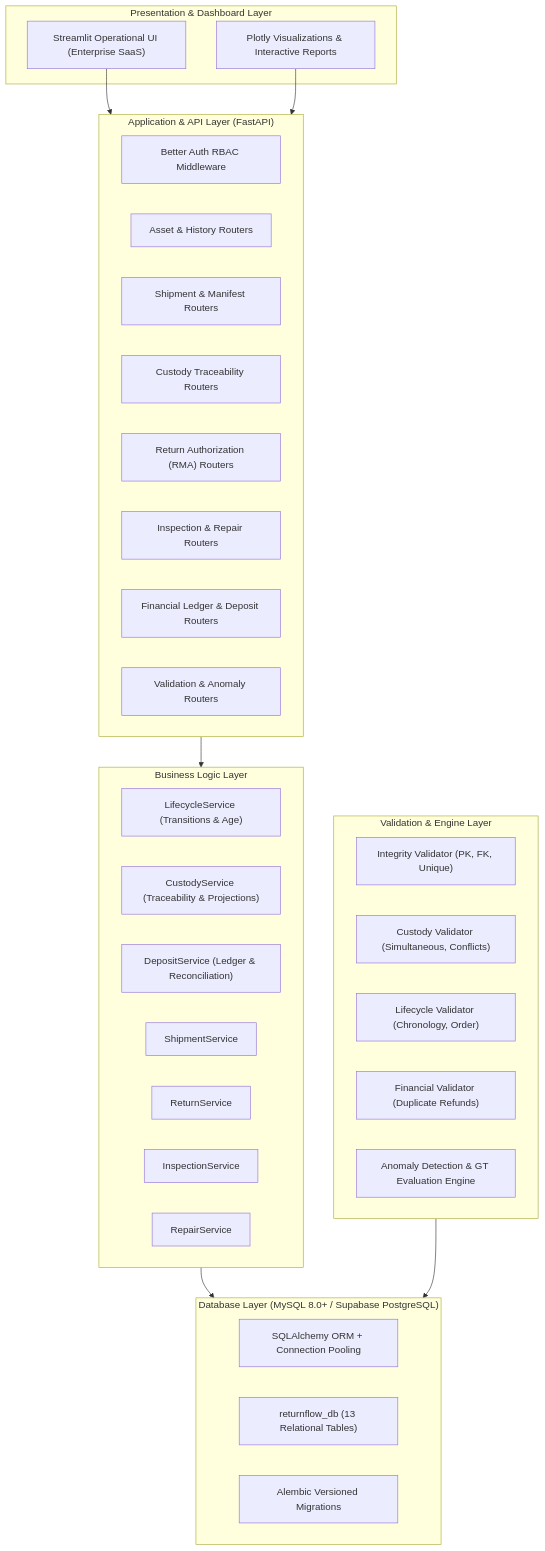
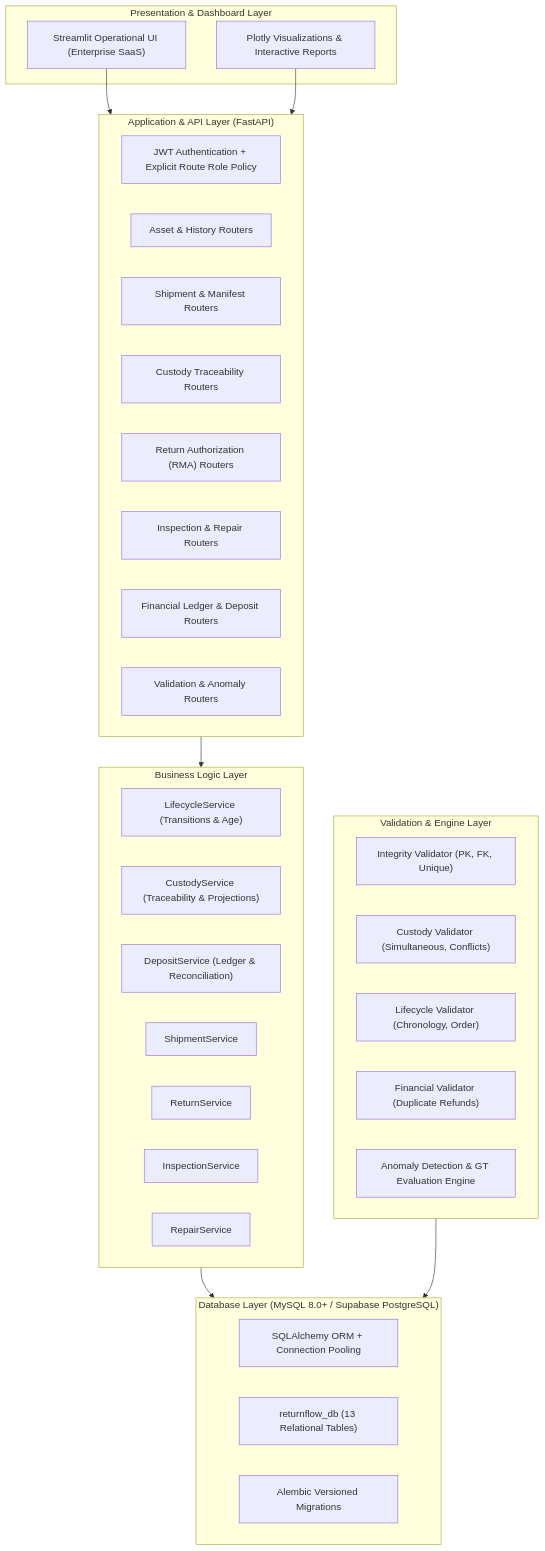
Before and after one commit to Dinesh-Ajay/ReturnFlow: the first of 2 diagrams in docs/architecture.md, drawn with Mermaid. The commit also changed other lines of this file and 99 other files, not shown here.

````diff
--- a/docs/architecture.md
+++ b/docs/architecture.md
@@ -9,48 +9,48 @@
 ```mermaid
 flowchart TD
     subgraph UI_Layer["Presentation & Dashboard Layer"]
         StreamlitApp["Streamlit Operational UI (Enterprise SaaS)"]
         AnalyticsViz["Plotly Visualizations & Interactive Reports"]
     end
 
     subgraph API_Layer["Application & API Layer (FastAPI)"]
-        AuthMiddleware["Better Auth RBAC Middleware"]
+        AuthMiddleware["JWT Authentication + Explicit Route Role Policy"]
         RouterAsset["Asset & History Routers"]
         RouterShipment["Shipment & Manifest Routers"]
         RouterCustody["Custody Traceability Routers"]
         RouterReturn["Return Authorization (RMA) Routers"]
         RouterInspection["Inspection & Repair Routers"]
         RouterFinancial["Financial Ledger & Deposit Routers"]
         RouterValidation["Validation & Anomaly Routers"]
     end
 
     subgraph Service_Layer["Business Logic Layer"]
         LifecycleSvc["LifecycleService (Transitions & Age)"]
         CustodySvc["CustodyService (Traceability & Projections)"]
         DepositSvc["DepositService (Ledger & Reconciliation)"]
         ShipmentSvc["ShipmentService"]
         ReturnSvc["ReturnService"]
         InspectionSvc["InspectionService"]
         RepairSvc["RepairService"]
     end
 
     subgraph Engine_Layer["Validation & Engine Layer"]
         IntegrityEngine["Integrity Validator (PK, FK, Unique)"]
         CustodyEngine["Custody Validator (Simultaneous, Conflicts)"]
         LifecycleEngine["Lifecycle Validator (Chronology, Order)"]
         FinancialEngine["Financial Validator (Duplicate Refunds)"]
         DetectionEngine["Anomaly Detection & GT Evaluation Engine"]
     end
 
     subgraph Database_Layer["Database Layer (MySQL 8.0+ / Supabase PostgreSQL)"]
         DBEngine["SQLAlchemy ORM + Connection Pooling"]
         DBTables["returnflow_db (13 Relational Tables)"]
         AlembicMigrations["Alembic Versioned Migrations"]
     end
 
     StreamlitApp --> API_Layer
     AnalyticsViz --> API_Layer
     API_Layer --> Service_Layer
     Service_Layer --> Database_Layer
     Engine_Layer --> Database_Layer
 ```
````
